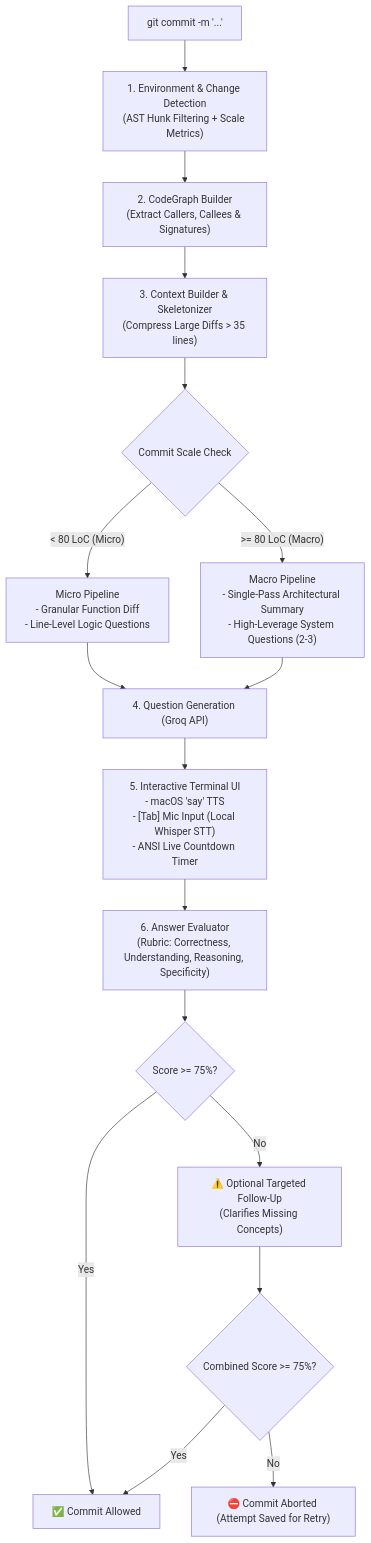
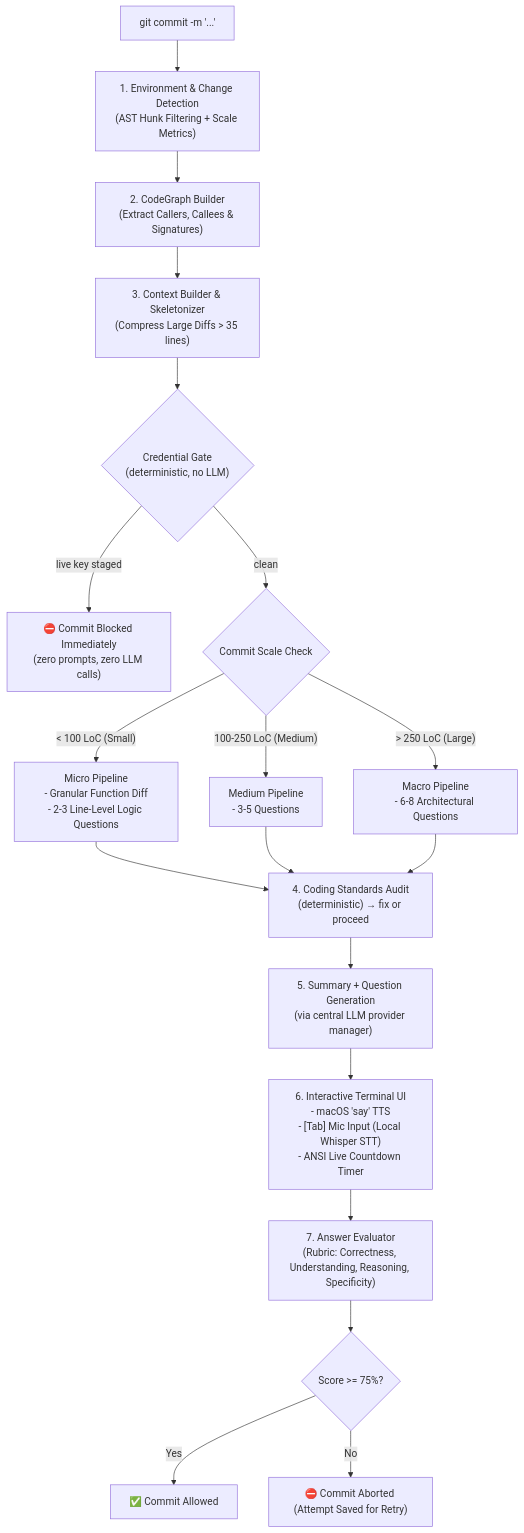
Before and after one commit to Lizasatasiya/understanding-agentHook: the diagram in README.md, drawn with Mermaid. The commit also changed other lines of this file and 22 other files, not shown here.

````diff
--- a/README.md
+++ b/README.md
@@ -44,23 +44,25 @@
 ```mermaid
 flowchart TD
     A["git commit -m '...'"] --> B["1. Environment & Change Detection\n(AST Hunk Filtering + Scale Metrics)"]
     B --> C["2. CodeGraph Builder\n(Extract Callers, Callees & Signatures)"]
     C --> D["3. Context Builder & Skeletonizer\n(Compress Large Diffs > 35 lines)"]
-    D --> E{Commit Scale Check}
     
-    E -- "< 80 LoC (Micro)" --> F1["Micro Pipeline\n- Granular Function Diff\n- Line-Level Logic Questions"]
-    E -- ">= 80 LoC (Macro)" --> F2["Macro Pipeline\n- Single-Pass Architectural Summary\n- High-Leverage System Questions (2-3)"]
+    D --> G{"Credential Gate\n(deterministic, no LLM)"}
+    G -- "live key staged" --> X["⛔ Commit Blocked Immediately\n(zero prompts, zero LLM calls)"]
+    G -- "clean" --> E{Commit Scale Check}
     
-    F1 --> G["4. Question Generation (Groq API)"]
-    F2 --> G
+    E -- "< 100 LoC (Small)" --> F1["Micro Pipeline\n- Granular Function Diff\n- 2-3 Line-Level Logic Questions"]
+    E -- "100-250 LoC (Medium)" --> F2["Medium Pipeline\n- 3-5 Questions"]
+    E -- "> 250 LoC (Large)" --> F3["Macro Pipeline\n- 6-8 Architectural Questions"]
     
-    G --> H["5. Interactive Terminal UI\n- macOS 'say' TTS\n- [Tab] Mic Input (Local Whisper STT)\n- ANSI Live Countdown Timer"]
-    H --> I["6. Answer Evaluator\n(Rubric: Correctness, Understanding, Reasoning, Specificity)"]
+    F1 --> H["4. Coding Standards Audit\n(deterministic) → fix or proceed"]
+    F2 --> H
+    F3 --> H
+    H --> I["5. Summary + Question Generation\n(via central LLM provider manager)"]
+    I --> J["6. Interactive Terminal UI\n- macOS 'say' TTS\n- [Tab] Mic Input (Local Whisper STT)\n- ANSI Live Countdown Timer"]
+    J --> K["7. Answer Evaluator\n(Rubric: Correctness, Understanding, Reasoning, Specificity)"]
     
-    I --> J{Score >= 75%?}
-    J -- "Yes" --> K["✅ Commit Allowed"]
-    J -- "No" --> L["⚠️ Optional Targeted Follow-Up\n(Clarifies Missing Concepts)"]
-    L --> M{Combined Score >= 75%?}
-    M -- "Yes" --> K
-    M -- "No" --> N["⛔ Commit Aborted (Attempt Saved for Retry)"]
+    K --> L{Score >= 75%?}
+    L -- "Yes" --> M["✅ Commit Allowed"]
+    L -- "No" --> N["⛔ Commit Aborted (Attempt Saved for Retry)"]
 ```
````
